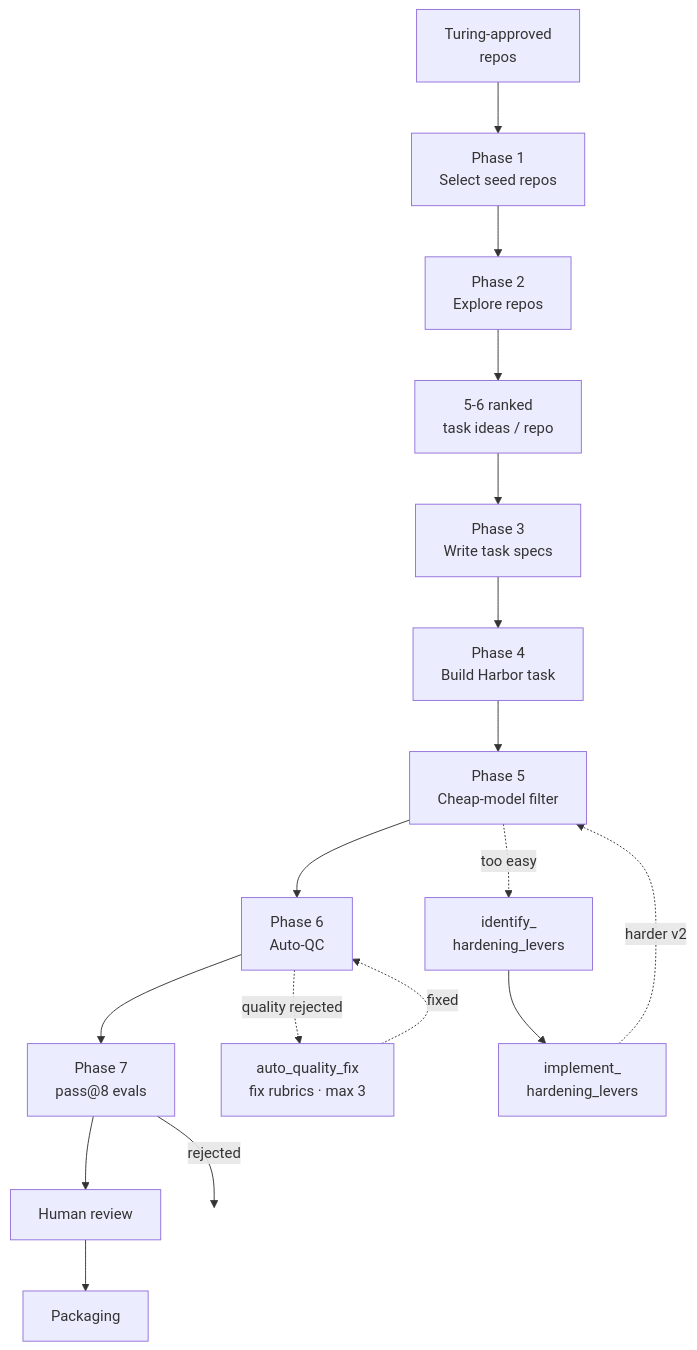
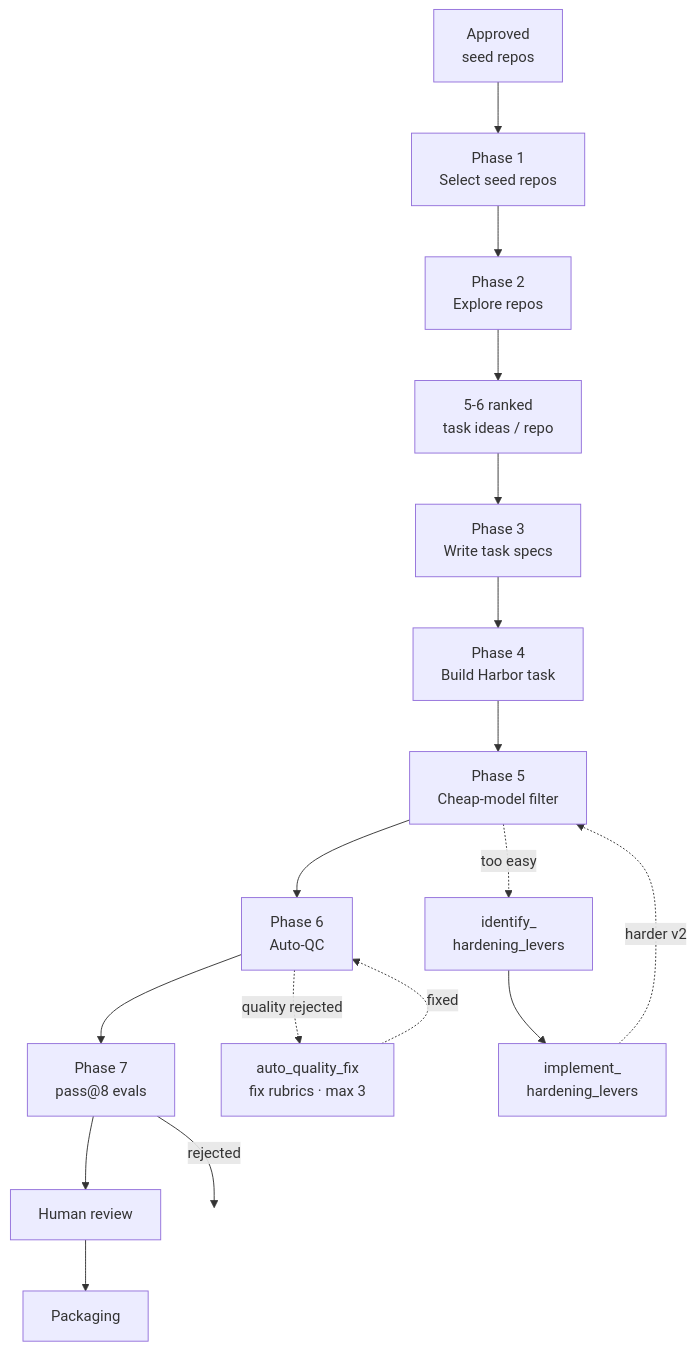
The diagram in README.md (vivekp-turing/dataset_task_creation), drawn with Mermaid before and after one commit. The commit also changed other lines of this file and 1 other file, not shown here.

````diff
--- a/README.md
+++ b/README.md
@@ -89,31 +88,31 @@
 ```mermaid
 %%{init: {"flowchart": {"curve": "basis", "nodeSpacing": 50, "rankSpacing": 55}}}%%
 flowchart TB
-    A[Turing-approved<br/>repos]
+    A[Approved<br/>seed repos]
     P1[Phase 1<br/>Select seed repos]
     P2[Phase 2<br/>Explore repos]
     D[5-6 ranked<br/>task ideas / repo]
     P3[Phase 3<br/>Write task specs]
     P4[Phase 4<br/>Build Harbor task]
     P5[Phase 5<br/>Cheap-model filter]
     P6[Phase 6<br/>Auto-QC]
     P7[Phase 7<br/>pass@8 evals]
     HR[Human review]
     PK[Packaging]
     QF[auto_quality_fix<br/>fix rubrics · max 3]
     IH[identify_<br/>hardening_levers]
     MH[implement_<br/>hardening_levers]
     RJ(( )):::hidden
 
     A --> P1 --> P2 --> D --> P3 --> P4 --> P5 --> P6 --> P7 --> HR --> PK
 
     QF -.->|fixed| P6
     P6 -.->|quality rejected| QF
 
     P5 -.->|too easy| IH --> MH
     MH -.->|harder v2| P5
 
     P7 -->|rejected| RJ
 
     classDef hidden fill:transparent,stroke:transparent,color:transparent;
 ```
````
